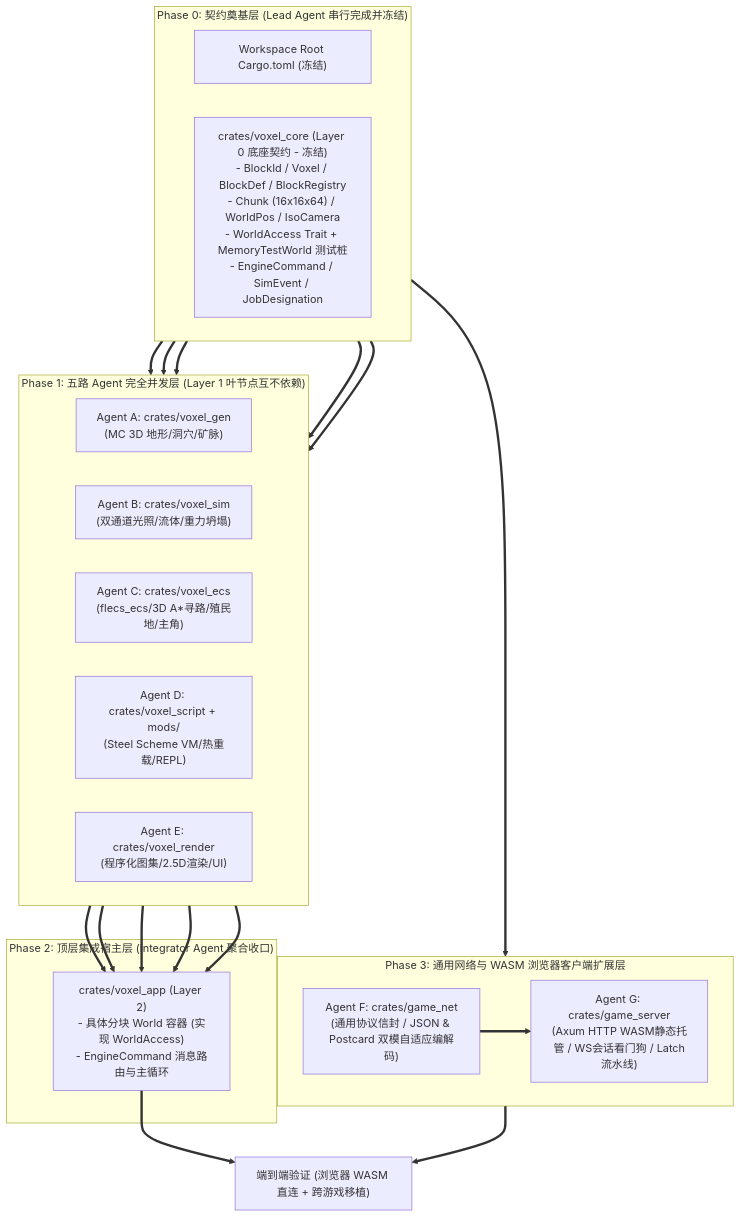
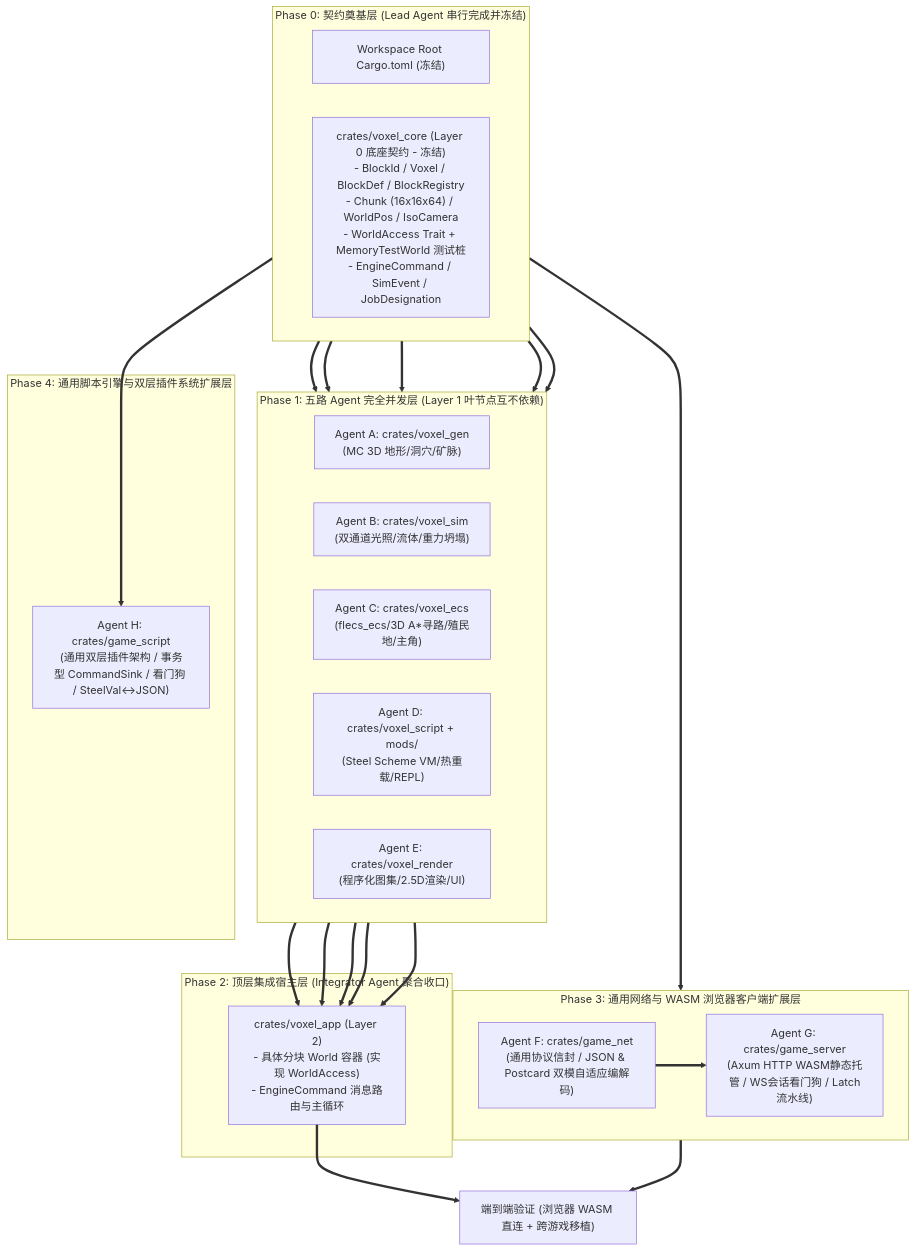
The diagram in docs/agent_concurrency_workflow.md (ouut/2d_minecraft), drawn with Mermaid before and after one commit. The commit also changed other lines of this file and 13 other files, not shown here.

Commit message:
feat(script): add generic game_script crate with two-tier plugin system, watchdog sandbox and cross-game porting guide

````diff
--- a/docs/agent_concurrency_workflow.md
+++ b/docs/agent_concurrency_workflow.md
@@ -18,32 +18,37 @@
 ```mermaid
 flowchart TD
     subgraph Phase0["Phase 0: 契约奠基层 (Lead Agent 串行完成并冻结)"]
         RootToml["Workspace Root Cargo.toml (冻结)"]
         Core["crates/voxel_core (Layer 0 底座契约 - 冻结)\n- BlockId / Voxel / BlockDef / BlockRegistry\n- Chunk (16x16x64) / WorldPos / IsoCamera\n- WorldAccess Trait + MemoryTestWorld 测试桩\n- EngineCommand / SimEvent / JobDesignation"]
     end
 
     subgraph Phase1["Phase 1: 五路 Agent 完全并发层 (Layer 1 叶节点互不依赖)"]
         direction LR
         A["Agent A: crates/voxel_gen\n(MC 3D 地形/洞穴/矿脉)"]
         B["Agent B: crates/voxel_sim\n(双通道光照/流体/重力坍塌)"]
         C["Agent C: crates/voxel_ecs\n(flecs_ecs/3D A*寻路/殖民地/主角)"]
         D["Agent D: crates/voxel_script + mods/\n(Steel Scheme VM/热重载/REPL)"]
         E["Agent E: crates/voxel_render\n(程序化图集/2.5D渲染/UI)"]
     end
 
     subgraph Phase2["Phase 2: 顶层集成宿主层 (Integrator Agent 聚合收口)"]
         App["crates/voxel_app (Layer 2)\n- 具体分块 World 容器 (实现 WorldAccess)\n- EngineCommand 消息路由与主循环"]
     end
 
     subgraph Phase3["Phase 3: 通用网络与 WASM 浏览器客户端扩展层"]
         direction LR
         F["Agent F: crates/game_net\n(通用协议信封 / JSON & Postcard 双模自适应编解码)"]
         G["Agent G: crates/game_server\n(Axum HTTP WASM静态托管 / WS会话看门狗 / Latch流水线)"]
     end
 
+    subgraph Phase4["Phase 4: 通用脚本引擎与双层插件系统扩展层"]
+        H["Agent H: crates/game_script\n(通用双层插件架构 / 事务型 CommandSink / 看门狗 / SteelVal<->JSON)"]
+    end
+
     Phase0 ==> A & B & C & D & E
     A & B & C & D & E ==> App
     Phase0 ==> F
     F ==> G
+    Phase0 ==> H
     G & App ==> WebAndMultiplayer["端到端验证 (浏览器 WASM 直连 + 跨游戏移植)"]
 ```
````
